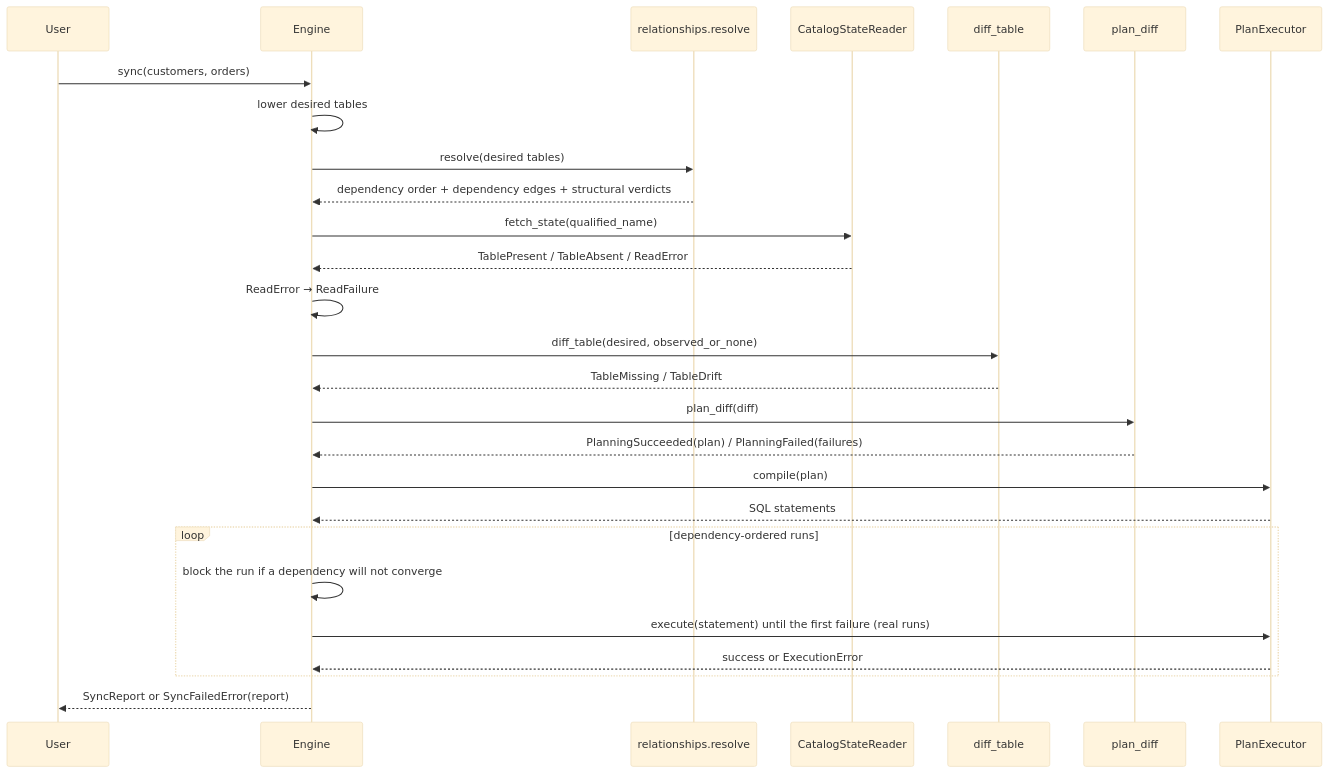
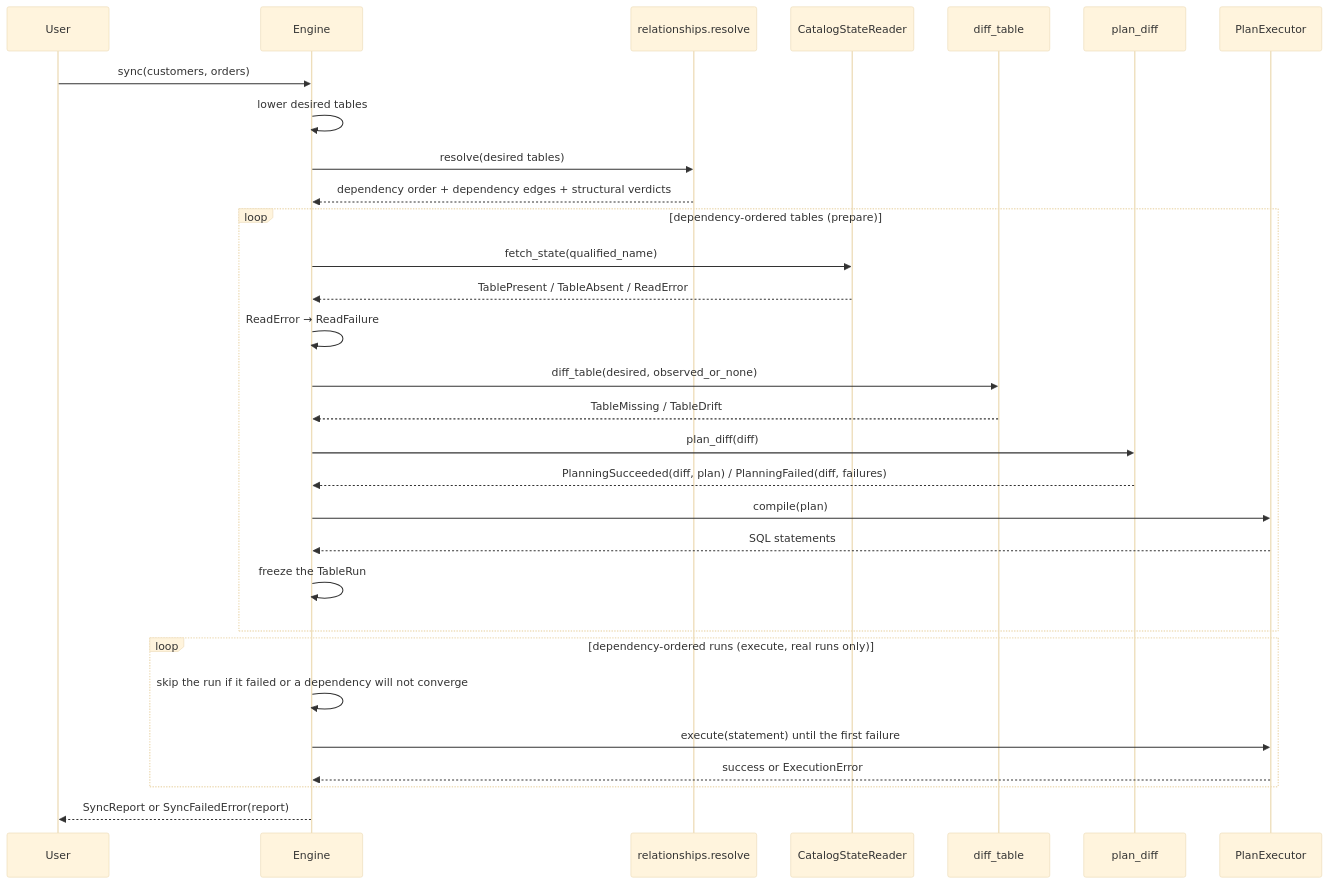
The third of 5 diagrams in docs/explanation-architecture.md (Tomoscorbin/delta-engine), drawn with Mermaid (base theme) before and after one commit. The commit also changed other lines of this file and 19 other files, not shown here.

First line of the commit message:
refactor!: rename TableRunReport to TableRun

````diff
--- a/docs/explanation-architecture.md
+++ b/docs/explanation-architecture.md
@@ -274,30 +277,33 @@
 ```mermaid
 sequenceDiagram
     participant User
     participant Engine
     participant Resolver as relationships.resolve
     participant Reader as CatalogStateReader
     participant Differ as diff_table
     participant Planner as plan_diff
     participant Executor as PlanExecutor
 
     User->>Engine: sync(customers, orders)
     Engine->>Engine: lower desired tables
     Engine->>Resolver: resolve(desired tables)
     Resolver-->>Engine: dependency order + dependency edges + structural verdicts
-    Engine->>Reader: fetch_state(qualified_name)
-    Reader-->>Engine: TablePresent / TableAbsent / ReadError
-    Engine->>Engine: ReadError → ReadFailure
-    Engine->>Differ: diff_table(desired, observed_or_none)
-    Differ-->>Engine: TableMissing / TableDrift
-    Engine->>Planner: plan_diff(diff)
-    Planner-->>Engine: PlanningSucceeded(plan) / PlanningFailed(failures)
-    Engine->>Executor: compile(plan)
-    Executor-->>Engine: SQL statements
-    loop dependency-ordered runs
-        Engine->>Engine: block the run if a dependency will not converge
-        Engine->>Executor: execute(statement) until the first failure (real runs)
+    loop dependency-ordered tables (prepare)
+        Engine->>Reader: fetch_state(qualified_name)
+        Reader-->>Engine: TablePresent / TableAbsent / ReadError
+        Engine->>Engine: ReadError → ReadFailure
+        Engine->>Differ: diff_table(desired, observed_or_none)
+        Differ-->>Engine: TableMissing / TableDrift
+        Engine->>Planner: plan_diff(diff)
+        Planner-->>Engine: PlanningSucceeded(diff, plan) / PlanningFailed(diff, failures)
+        Engine->>Executor: compile(plan)
+        Executor-->>Engine: SQL statements
+        Engine->>Engine: freeze the TableRun
+    end
+    loop dependency-ordered runs (execute, real runs only)
+        Engine->>Engine: skip the run if it failed or a dependency will not converge
+        Engine->>Executor: execute(statement) until the first failure
         Executor-->>Engine: success or ExecutionError
     end
     Engine-->>User: SyncReport or SyncFailedError(report)
 ```
````
